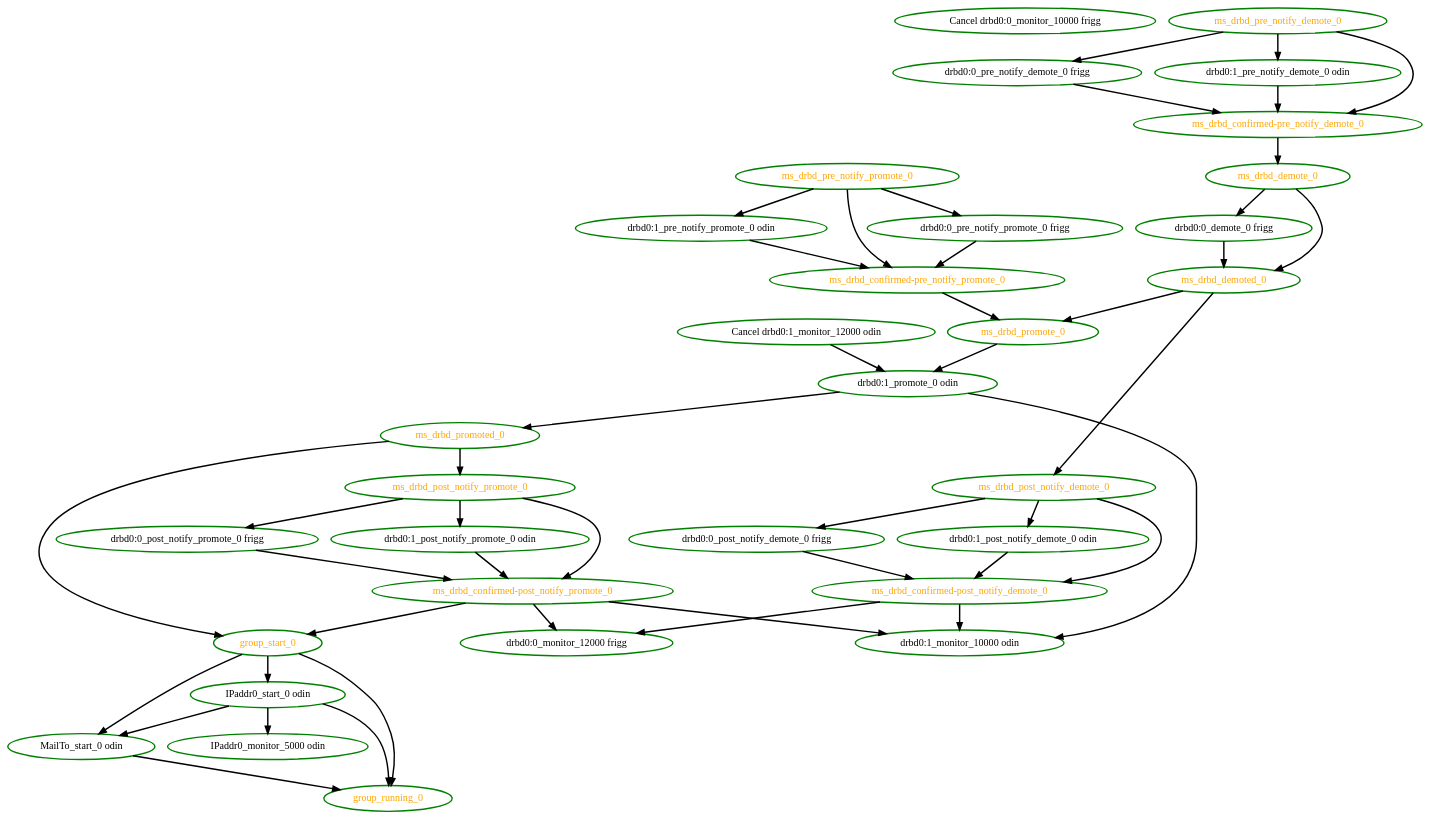
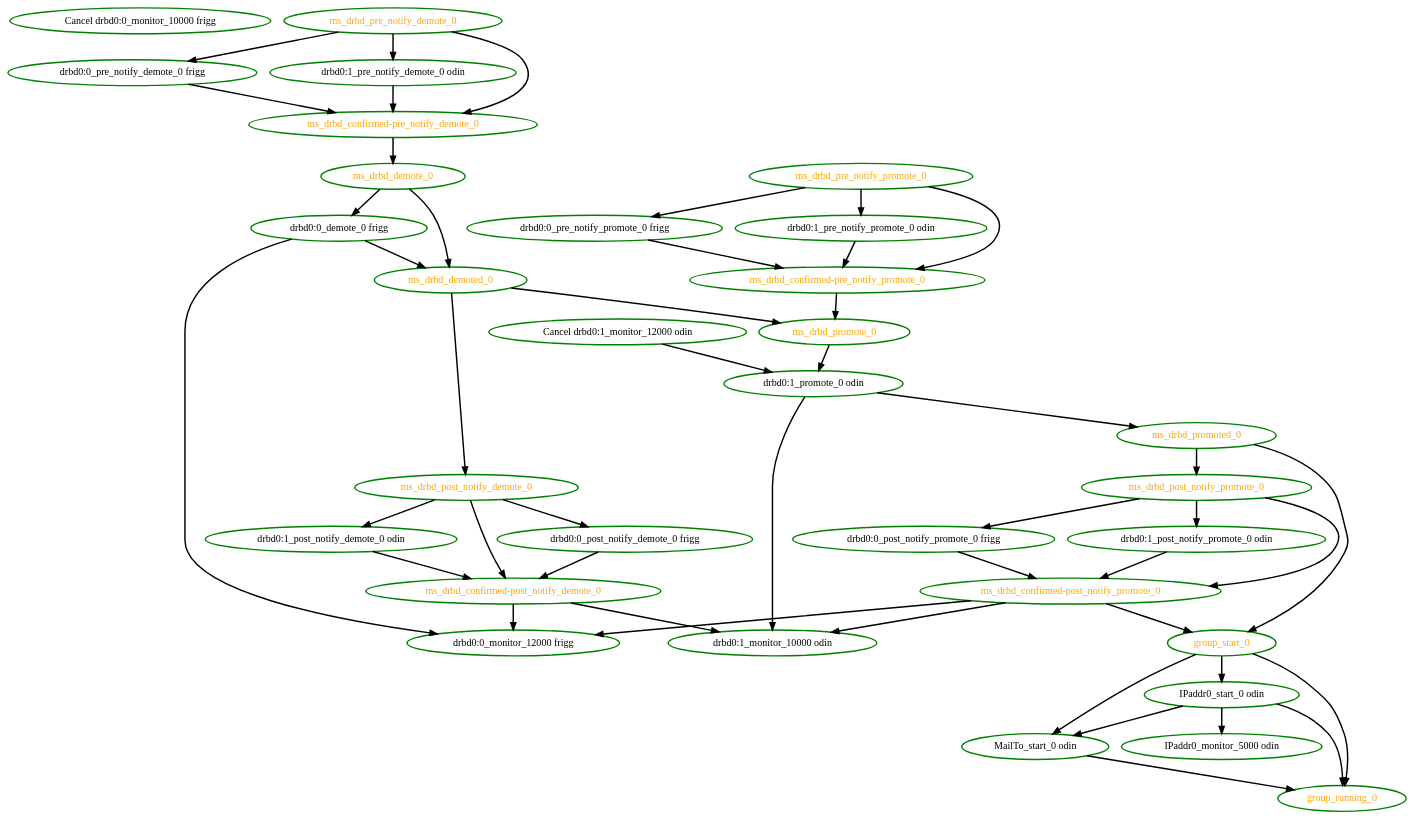
Before and after one commit to linux-ha-japan/pm_diskd: the diagram in pengine/testcases/master-13.dot, drawn with Graphviz. The commit also changed 4 other files, not shown here.

```diff
--- a/pengine/testcases/master-13.dot
+++ b/pengine/testcases/master-13.dot
@@ -1,78 +1,79 @@
 digraph "g" {
 "Cancel drbd0:0_monitor_10000 frigg" [ style=bold color="green" fontcolor="black"  ]
 "Cancel drbd0:1_monitor_12000 odin" -> "drbd0:1_promote_0 odin" [ style = bold]
 "Cancel drbd0:1_monitor_12000 odin" [ style=bold color="green" fontcolor="black"  ]
 "IPaddr0_monitor_5000 odin" [ style=bold color="green" fontcolor="black"  ]
 "IPaddr0_start_0 odin" -> "IPaddr0_monitor_5000 odin" [ style = bold]
 "IPaddr0_start_0 odin" -> "MailTo_start_0 odin" [ style = bold]
 "IPaddr0_start_0 odin" -> "group_running_0" [ style = bold]
 "IPaddr0_start_0 odin" [ style=bold color="green" fontcolor="black"  ]
 "MailTo_start_0 odin" -> "group_running_0" [ style = bold]
 "MailTo_start_0 odin" [ style=bold color="green" fontcolor="black"  ]
+"drbd0:0_demote_0 frigg" -> "drbd0:0_monitor_12000 frigg" [ style = bold]
 "drbd0:0_demote_0 frigg" -> "ms_drbd_demoted_0" [ style = bold]
 "drbd0:0_demote_0 frigg" [ style=bold color="green" fontcolor="black"  ]
 "drbd0:0_monitor_12000 frigg" [ style=bold color="green" fontcolor="black"  ]
 "drbd0:0_post_notify_demote_0 frigg" -> "ms_drbd_confirmed-post_notify_demote_0" [ style = bold]
 "drbd0:0_post_notify_demote_0 frigg" [ style=bold color="green" fontcolor="black"  ]
 "drbd0:0_post_notify_promote_0 frigg" -> "ms_drbd_confirmed-post_notify_promote_0" [ style = bold]
 "drbd0:0_post_notify_promote_0 frigg" [ style=bold color="green" fontcolor="black"  ]
 "drbd0:0_pre_notify_demote_0 frigg" -> "ms_drbd_confirmed-pre_notify_demote_0" [ style = bold]
 "drbd0:0_pre_notify_demote_0 frigg" [ style=bold color="green" fontcolor="black"  ]
 "drbd0:0_pre_notify_promote_0 frigg" -> "ms_drbd_confirmed-pre_notify_promote_0" [ style = bold]
 "drbd0:0_pre_notify_promote_0 frigg" [ style=bold color="green" fontcolor="black"  ]
 "drbd0:1_monitor_10000 odin" [ style=bold color="green" fontcolor="black"  ]
 "drbd0:1_post_notify_demote_0 odin" -> "ms_drbd_confirmed-post_notify_demote_0" [ style = bold]
 "drbd0:1_post_notify_demote_0 odin" [ style=bold color="green" fontcolor="black"  ]
 "drbd0:1_post_notify_promote_0 odin" -> "ms_drbd_confirmed-post_notify_promote_0" [ style = bold]
 "drbd0:1_post_notify_promote_0 odin" [ style=bold color="green" fontcolor="black"  ]
 "drbd0:1_pre_notify_demote_0 odin" -> "ms_drbd_confirmed-pre_notify_demote_0" [ style = bold]
 "drbd0:1_pre_notify_demote_0 odin" [ style=bold color="green" fontcolor="black"  ]
 "drbd0:1_pre_notify_promote_0 odin" -> "ms_drbd_confirmed-pre_notify_promote_0" [ style = bold]
 "drbd0:1_pre_notify_promote_0 odin" [ style=bold color="green" fontcolor="black"  ]
 "drbd0:1_promote_0 odin" -> "drbd0:1_monitor_10000 odin" [ style = bold]
 "drbd0:1_promote_0 odin" -> "ms_drbd_promoted_0" [ style = bold]
 "drbd0:1_promote_0 odin" [ style=bold color="green" fontcolor="black"  ]
 "group_running_0" [ style=bold color="green" fontcolor="orange"  ]
 "group_start_0" -> "IPaddr0_start_0 odin" [ style = bold]
 "group_start_0" -> "MailTo_start_0 odin" [ style = bold]
 "group_start_0" -> "group_running_0" [ style = bold]
 "group_start_0" [ style=bold color="green" fontcolor="orange"  ]
 "ms_drbd_confirmed-post_notify_demote_0" -> "drbd0:0_monitor_12000 frigg" [ style = bold]
 "ms_drbd_confirmed-post_notify_demote_0" -> "drbd0:1_monitor_10000 odin" [ style = bold]
 "ms_drbd_confirmed-post_notify_demote_0" [ style=bold color="green" fontcolor="orange"  ]
 "ms_drbd_confirmed-post_notify_promote_0" -> "drbd0:0_monitor_12000 frigg" [ style = bold]
 "ms_drbd_confirmed-post_notify_promote_0" -> "drbd0:1_monitor_10000 odin" [ style = bold]
 "ms_drbd_confirmed-post_notify_promote_0" -> "group_start_0" [ style = bold]
 "ms_drbd_confirmed-post_notify_promote_0" [ style=bold color="green" fontcolor="orange"  ]
 "ms_drbd_confirmed-pre_notify_demote_0" -> "ms_drbd_demote_0" [ style = bold]
 "ms_drbd_confirmed-pre_notify_demote_0" [ style=bold color="green" fontcolor="orange"  ]
 "ms_drbd_confirmed-pre_notify_promote_0" -> "ms_drbd_promote_0" [ style = bold]
 "ms_drbd_confirmed-pre_notify_promote_0" [ style=bold color="green" fontcolor="orange"  ]
 "ms_drbd_demote_0" -> "drbd0:0_demote_0 frigg" [ style = bold]
 "ms_drbd_demote_0" -> "ms_drbd_demoted_0" [ style = bold]
 "ms_drbd_demote_0" [ style=bold color="green" fontcolor="orange"  ]
 "ms_drbd_demoted_0" -> "ms_drbd_post_notify_demote_0" [ style = bold]
 "ms_drbd_demoted_0" -> "ms_drbd_promote_0" [ style = bold]
 "ms_drbd_demoted_0" [ style=bold color="green" fontcolor="orange"  ]
 "ms_drbd_post_notify_demote_0" -> "drbd0:0_post_notify_demote_0 frigg" [ style = bold]
 "ms_drbd_post_notify_demote_0" -> "drbd0:1_post_notify_demote_0 odin" [ style = bold]
 "ms_drbd_post_notify_demote_0" -> "ms_drbd_confirmed-post_notify_demote_0" [ style = bold]
 "ms_drbd_post_notify_demote_0" [ style=bold color="green" fontcolor="orange"  ]
 "ms_drbd_post_notify_promote_0" -> "drbd0:0_post_notify_promote_0 frigg" [ style = bold]
 "ms_drbd_post_notify_promote_0" -> "drbd0:1_post_notify_promote_0 odin" [ style = bold]
 "ms_drbd_post_notify_promote_0" -> "ms_drbd_confirmed-post_notify_promote_0" [ style = bold]
 "ms_drbd_post_notify_promote_0" [ style=bold color="green" fontcolor="orange"  ]
 "ms_drbd_pre_notify_demote_0" -> "drbd0:0_pre_notify_demote_0 frigg" [ style = bold]
 "ms_drbd_pre_notify_demote_0" -> "drbd0:1_pre_notify_demote_0 odin" [ style = bold]
 "ms_drbd_pre_notify_demote_0" -> "ms_drbd_confirmed-pre_notify_demote_0" [ style = bold]
 "ms_drbd_pre_notify_demote_0" [ style=bold color="green" fontcolor="orange"  ]
 "ms_drbd_pre_notify_promote_0" -> "drbd0:0_pre_notify_promote_0 frigg" [ style = bold]
 "ms_drbd_pre_notify_promote_0" -> "drbd0:1_pre_notify_promote_0 odin" [ style = bold]
 "ms_drbd_pre_notify_promote_0" -> "ms_drbd_confirmed-pre_notify_promote_0" [ style = bold]
 "ms_drbd_pre_notify_promote_0" [ style=bold color="green" fontcolor="orange"  ]
 "ms_drbd_promote_0" -> "drbd0:1_promote_0 odin" [ style = bold]
 "ms_drbd_promote_0" [ style=bold color="green" fontcolor="orange"  ]
 "ms_drbd_promoted_0" -> "group_start_0" [ style = bold]
 "ms_drbd_promoted_0" -> "ms_drbd_post_notify_promote_0" [ style = bold]
 "ms_drbd_promoted_0" [ style=bold color="green" fontcolor="orange"  ]
 }
```
